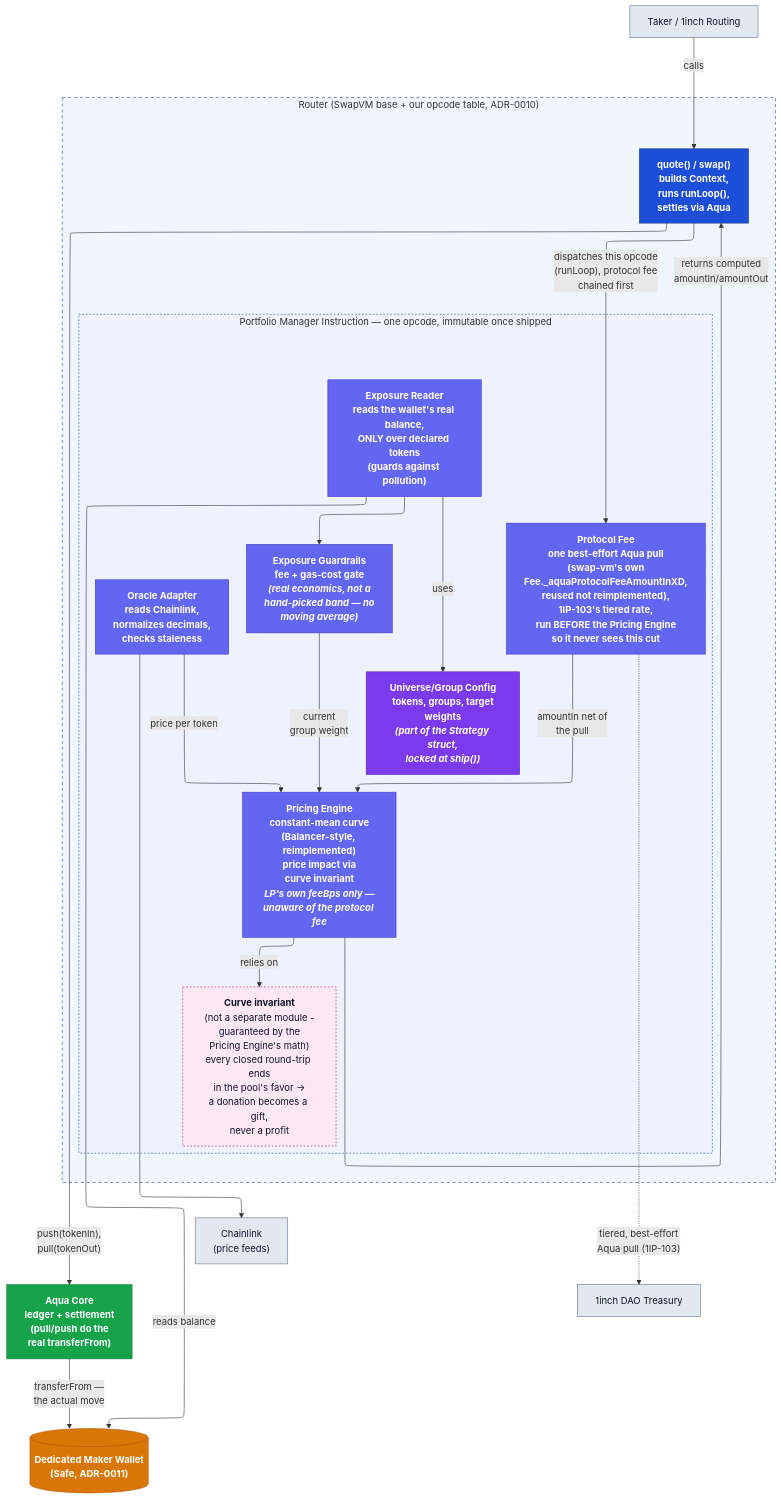
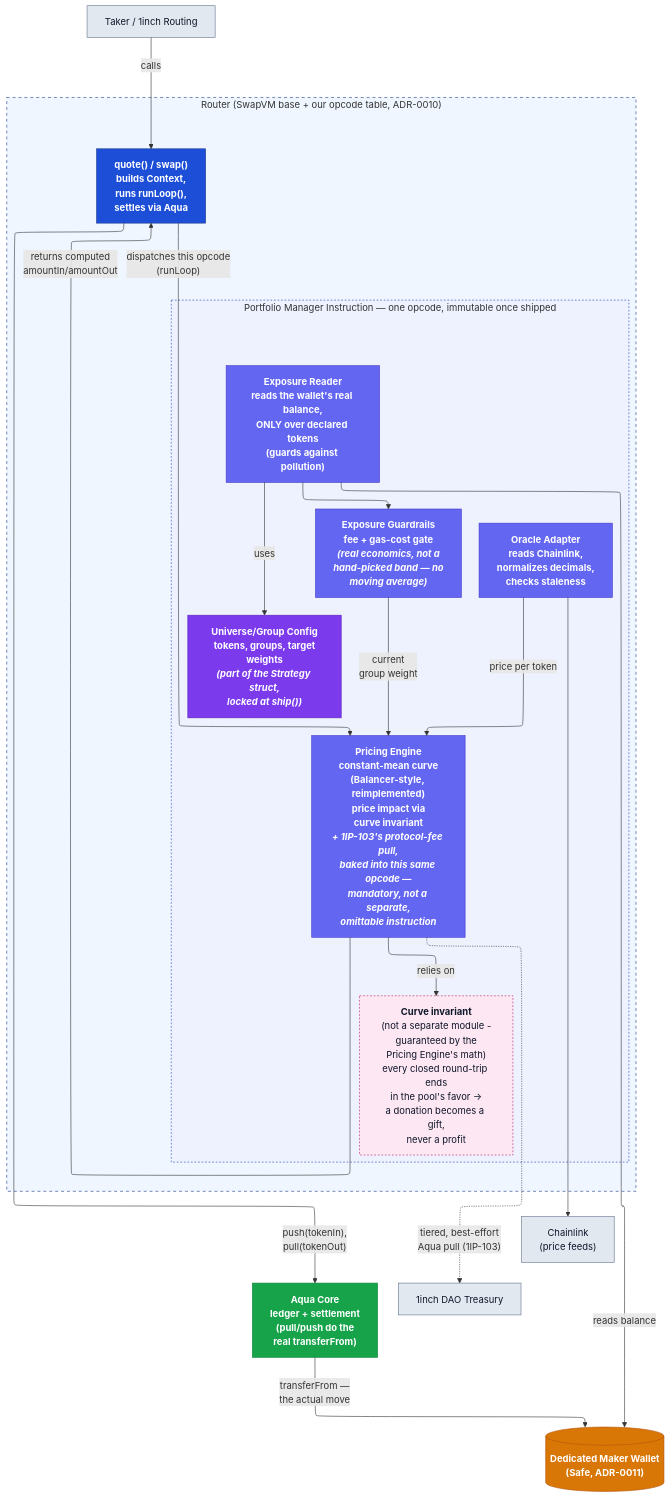
One commit to bleu/aqua-portfolio-manager changed the second of 2 diagrams in docs/ARCHITECTURE.md. Above: the diagram before and after it, drawn with Mermaid. The commit also changed other lines of this file and 4 other files, not shown here.

````diff
--- a/docs/ARCHITECTURE.md
+++ b/docs/ARCHITECTURE.md
@@ -104,64 +104,61 @@
 ```mermaid
 %%{init: {"flowchart": {"defaultRenderer": "elk"}} }%%
 flowchart TD
     Taker["Taker / 1inch Routing"]
     Aqua["<b>Aqua Core</b><br/>ledger + settlement<br/>(pull/push do the<br/>real transferFrom)"]
     Wallet[("Dedicated Maker Wallet<br/>(Safe, ADR-0011)")]
     Chainlink["Chainlink<br/>(price feeds)"]
 
     subgraph RouterBox["Router (SwapVM base + our opcode table, ADR-0010)"]
         Entrypoints["<b>quote() / swap()</b><br/>builds Context,<br/>runs runLoop(),<br/>settles via Aqua"]
 
         subgraph Strategy["Portfolio Manager Instruction — one opcode, immutable once shipped"]
             Config["<b>Universe/Group Config</b><br/>tokens, groups, target<br/>weights<br/><i>(part of the Strategy struct,<br/>locked at ship())</i>"]
 
             ExposureReader["<b>Exposure Reader</b><br/>reads the wallet's real balance,<br/>ONLY over declared tokens<br/>(guards against pollution)"]
 
             Smoothing["<b>Exposure Guardrails</b><br/>fee + gas-cost gate<br/><i>(real economics, not a<br/>hand-picked band — no<br/>moving average)</i>"]
 
             OracleAdapter["<b>Oracle Adapter</b><br/>reads Chainlink,<br/>normalizes decimals,<br/>checks staleness"]
 
-            PricingEngine["<b>Pricing Engine</b><br/>constant-mean curve<br/>(Balancer-style, reimplemented)<br/>price impact via<br/>curve invariant<br/><i>LP's own feeBps only —<br/>unaware of the protocol fee</i>"]
-
-            ProtocolFee["<b>Protocol Fee</b><br/>one best-effort Aqua pull<br/>(swap-vm's own<br/>Fee._aquaProtocolFeeAmountInXD,<br/>reused not reimplemented),<br/>1IP-103's tiered rate,<br/>run BEFORE the Pricing Engine<br/>so it never sees this cut"]
+            PricingEngine["<b>Pricing Engine</b><br/>constant-mean curve<br/>(Balancer-style, reimplemented)<br/>price impact via<br/>curve invariant<br/><i>+ 1IP-103's protocol-fee pull,<br/>baked into this same opcode —<br/>mandatory, not a separate,<br/>omittable instruction</i>"]
 
             Invariant["<b>Curve invariant</b><br/>(not a separate module -<br/>guaranteed by the<br/>Pricing Engine's math)<br/>every closed round-trip ends<br/>in the pool's favor -><br/>a donation becomes a gift,<br/>never a profit"]
         end
     end
 
     DAO["1inch DAO Treasury"]
 
     Taker -->|"calls"| Entrypoints
-    Entrypoints -->|"dispatches this opcode<br/>(runLoop), protocol fee<br/>chained first"| ProtocolFee
-    ProtocolFee -->|"amountIn net of<br/>the pull"| PricingEngine
+    Entrypoints -->|"dispatches this opcode<br/>(runLoop)"| PricingEngine
     ExposureReader -->|"reads balance"| Wallet
     ExposureReader -->|"uses"| Config
     ExposureReader --> Smoothing
     Smoothing -->|"current<br/>group weight"| PricingEngine
     OracleAdapter --> Chainlink
     OracleAdapter -->|"price per token"| PricingEngine
     PricingEngine -->|"relies on"| Invariant
     PricingEngine -->|"returns computed<br/>amountIn/amountOut"| Entrypoints
     Entrypoints -->|"push(tokenIn),<br/>pull(tokenOut)"| Aqua
     Aqua -->|"transferFrom —<br/>the actual move"| Wallet
-    ProtocolFee -.->|"tiered, best-effort<br/>Aqua pull (1IP-103)"| DAO
+    PricingEngine -.->|"tiered, best-effort<br/>Aqua pull (1IP-103)"| DAO
 
     classDef aqua fill:#16a34a,stroke:#15803d,color:#ffffff,font-weight:bold
     classDef wallet fill:#d97706,stroke:#b45309,color:#ffffff,font-weight:bold
     classDef external fill:#e2e8f0,stroke:#64748b,color:#0f172a
     classDef config fill:#7c3aed,stroke:#5b21b6,color:#ffffff,font-weight:bold
     classDef logic fill:#6366f1,stroke:#4338ca,color:#ffffff,font-weight:bold
     classDef invariant fill:#fce7f3,stroke:#be185d,color:#0f172a,stroke-dasharray: 3 3
     classDef router fill:#1d4ed8,stroke:#1e3a8a,color:#ffffff,font-weight:bold
 
     class Aqua aqua
     class Wallet wallet
     class Chainlink,DAO,Taker external
     class Config config
-    class ExposureReader,Smoothing,OracleAdapter,PricingEngine,ProtocolFee logic
+    class ExposureReader,Smoothing,OracleAdapter,PricingEngine logic
     class Invariant invariant
     class Entrypoints router
 
     style RouterBox fill:#eff6ff,stroke:#1e3a8a,stroke-dasharray: 5 5
     style Strategy fill:#eef2ff,stroke:#1e40af,stroke-dasharray: 3 3
 ```
````
